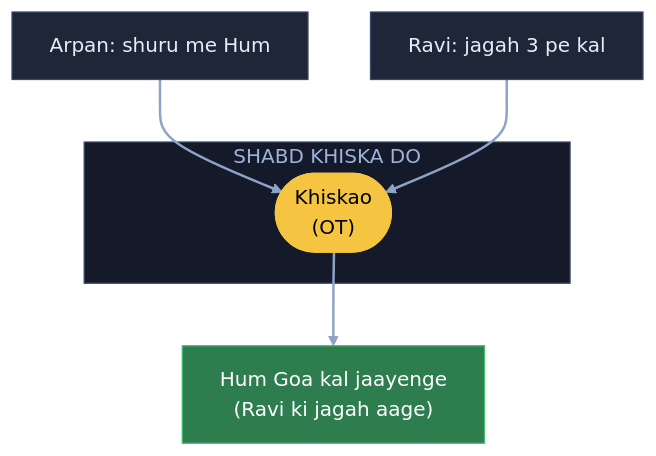
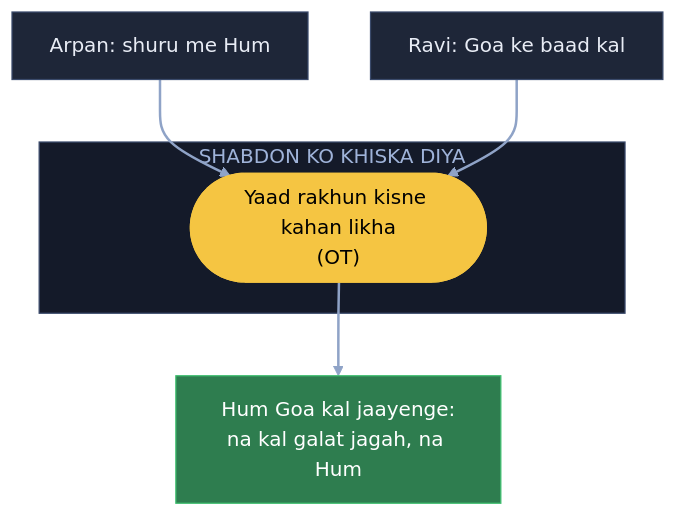
The third of 7 diagrams in 04_HLD/SYSTEM_DESIGNS/11_google_docs_collab/11_google_docs_collab.md (ArpanMaheshwari144/Prep), drawn with Mermaid before and after one commit. The commit also changed other lines of this file, not shown here.

Commit message:
Docs: 7 diagram hand notes ke shabdon se, K5 me 500 copy / paisa / interviewer wali baat notes jaisi

````diff
--- a/04_HLD/SYSTEM_DESIGNS/11_google_docs_collab/11_google_docs_collab.md
+++ b/04_HLD/SYSTEM_DESIGNS/11_google_docs_collab/11_google_docs_collab.md
@@ -100,18 +104,18 @@
 ```mermaid
 flowchart TB
     A["Arpan: shuru me Hum"]:::card
-    R["Ravi: jagah 3 pe kal"]:::card
-    subgraph KH["SHABD KHISKA DO"]
-        S(["Khiskao<br/>(OT)"]):::pill
+    R["Ravi: Goa ke baad kal"]:::card
+    subgraph KH["SHABDON KO KHISKA DIYA"]
+        S(["Yaad rakhun kisne kahan likha<br/>(OT)"]):::pill
     end
-    F["Hum Goa kal jaayenge<br/>(Ravi ki jagah aage)"]:::good
+    F["Hum Goa kal jaayenge:<br/>na kal galat jagah, na Hum"]:::good
     A --> S
     R --> S
     S --> F
     linkStyle default stroke:#8fa3c7,stroke-width:2px
     classDef card fill:#1e2638,stroke:#3a4a6b,color:#e8ecf5
     classDef pill fill:#f5c542,stroke:#f5c542,color:#000
     classDef good fill:#2e7d4f,stroke:#3fbf6f,color:#fff
     classDef bad fill:#5c1f24,stroke:#e05561,color:#fff
     style KH fill:#141a29,stroke:#3a4a6b,color:#9fb3d9
 ```
````
